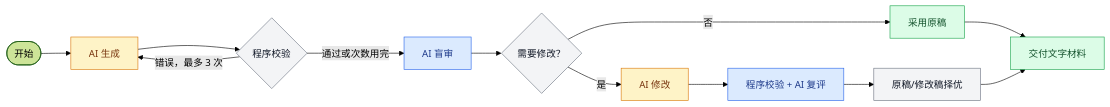
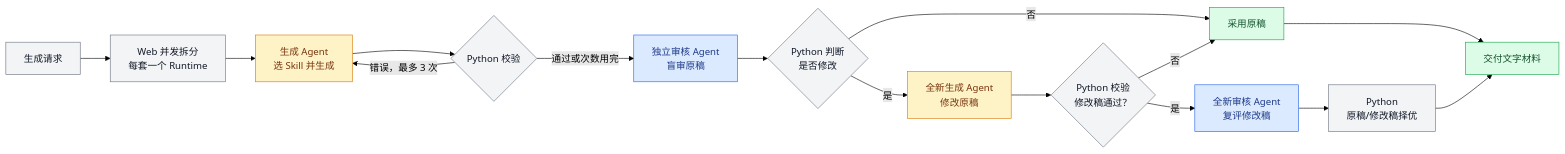
The second of 2 diagrams in README.md (wanglingxiao123/ielts-part1-generator), drawn with Mermaid (forest theme) before and after one commit. The commit also changed other lines of this file, not shown here.

Commit message:
docs: update architecture and agent workflow

````diff
--- a/README.md
+++ b/README.md
@@ -195,23 +201,26 @@
 ```mermaid
 flowchart LR
-    S(["开始"]) --> G["AI 生成"]
-    G --> V{"程序校验"}
+    Q["生成请求"] --> F["Web 并发拆分<br/>每套一个 Runtime"]
+    F --> G["生成 Agent<br/>选 Skill 并生成"]
+    G --> V{"Python 校验"}
     V -- "错误，最多 3 次" --> G
-    V -- "通过或次数用完" --> A["AI 盲审"]
-    A --> X{"需要修改？"}
+    V -- "通过或次数用完" --> A["独立审核 Agent<br/>盲审原稿"]
+    A --> X{"Python 判断<br/>是否修改"}
     X -- "否" --> O["采用原稿"]
-    X -- "是" --> R["AI 修改"]
-    R --> C["程序校验 + AI 复评"]
-    C --> B["原稿/修改稿择优"]
+    X -- "是" --> R["全新生成 Agent<br/>修改原稿"]
+    R --> C{"Python 校验<br/>修改稿通过？"}
+    C -- "否" --> O
+    C -- "是" --> E["全新审核 Agent<br/>复评修改稿"]
+    E --> B["Python<br/>原稿/修改稿择优"]
     O --> D["交付文字材料"]
     B --> D
 
     classDef ai fill:#fef3c7,stroke:#d97706,color:#78350f;
     classDef audit fill:#dbeafe,stroke:#2563eb,color:#1e3a8a;
     classDef code fill:#f3f4f6,stroke:#6b7280,color:#111827;
     classDef done fill:#dcfce7,stroke:#16a34a,color:#14532d;
     class G,R ai;
-    class A,C audit;
-    class V,X,B code;
+    class A,E audit;
+    class Q,F,V,X,C,B code;
     class O,D done;
 ```
````
